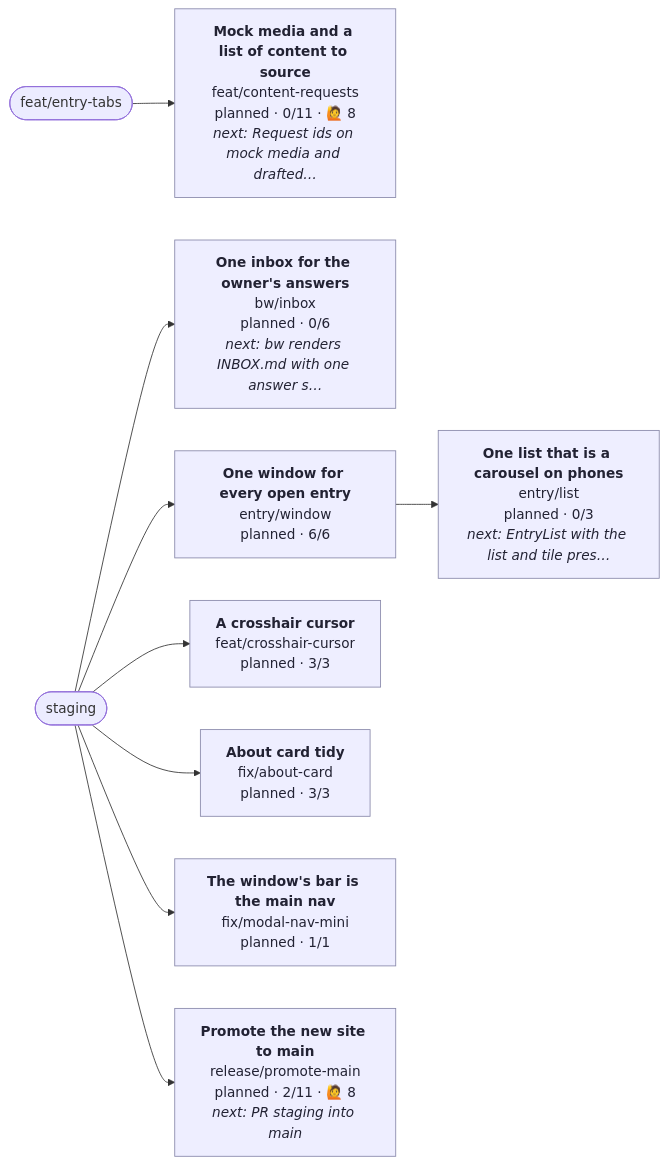
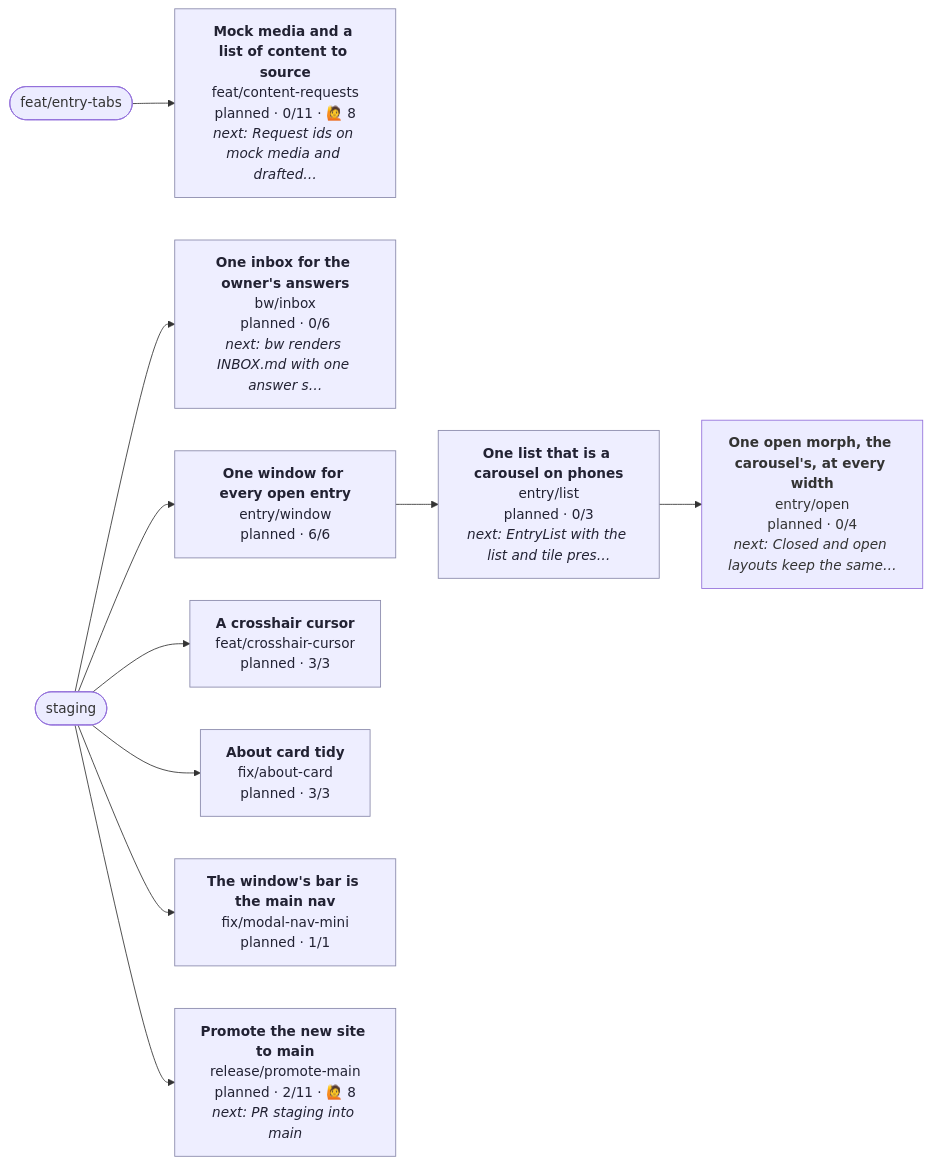
Before and after one commit to henryjonescodes/portfolio: the diagram in CONTRIBUTING.md, drawn with Mermaid. The commit also changed other lines of this file, not shown here.

````diff
--- a/CONTRIBUTING.md
+++ b/CONTRIBUTING.md
@@ -17,34 +17,37 @@
 ```mermaid
 flowchart LR
   n_staging([staging])
   n_feat_entry_tabs([feat/entry-tabs])
   n_bw_inbox["<b>One inbox for the owner's answers</b><br/>bw/inbox<br/>planned · 0/6<br/><i>next: bw renders INBOX.md with one answer s…</i>"]
   class n_bw_inbox planned
   n_staging --> n_bw_inbox
   n_entry_list["<b>One list that is a carousel on phones</b><br/>entry/list<br/>planned · 0/3<br/><i>next: EntryList with the list and tile pres…</i>"]
   class n_entry_list planned
   n_entry_window --> n_entry_list
+  n_entry_open["<b>One open morph, the carousel's, at every width</b><br/>entry/open<br/>planned · 0/4<br/><i>next: Closed and open layouts keep the same…</i>"]
+  class n_entry_open planned,current
+  n_entry_list --> n_entry_open
   n_entry_window["<b>One window for every open entry</b><br/>entry/window<br/>planned · 6/6"]
   class n_entry_window planned
   n_staging --> n_entry_window
   n_feat_content_requests["<b>Mock media and a list of content to source</b><br/>feat/content-requests<br/>planned · 0/11 · 🙋 8<br/><i>next: Request ids on mock media and drafted…</i>"]
   class n_feat_content_requests planned
   n_feat_entry_tabs --> n_feat_content_requests
   n_feat_crosshair_cursor["<b>A crosshair cursor</b><br/>feat/crosshair-cursor<br/>planned · 3/3"]
   class n_feat_crosshair_cursor planned
   n_staging --> n_feat_crosshair_cursor
   n_fix_about_card["<b>About card tidy</b><br/>fix/about-card<br/>planned · 3/3"]
   class n_fix_about_card planned
   n_staging --> n_fix_about_card
   n_fix_modal_nav_mini["<b>The window's bar is the main nav</b><br/>fix/modal-nav-mini<br/>planned · 1/1"]
   class n_fix_modal_nav_mini planned
   n_staging --> n_fix_modal_nav_mini
   n_release_promote_main["<b>Promote the new site to main</b><br/>release/promote-main<br/>planned · 2/11 · 🙋 8<br/><i>next: PR staging into main</i>"]
   class n_release_promote_main planned
   n_staging --> n_release_promote_main
   classDef planned fill:#eef,stroke:#88a,color:#223
   classDef active fill:#dfd,stroke:#3a3,stroke-width:3px,color:#132
   classDef blocked fill:#fdd,stroke:#c33,color:#311
   classDef review fill:#ffd,stroke:#cc3,color:#331
   classDef current stroke:#06c,stroke-width:4px
 ```
````
